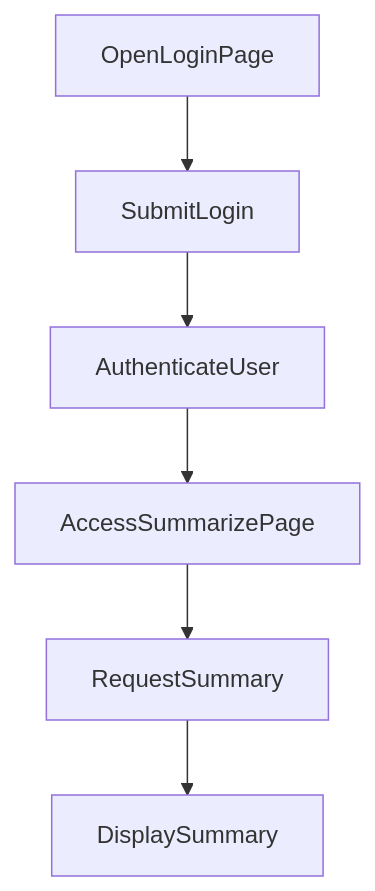
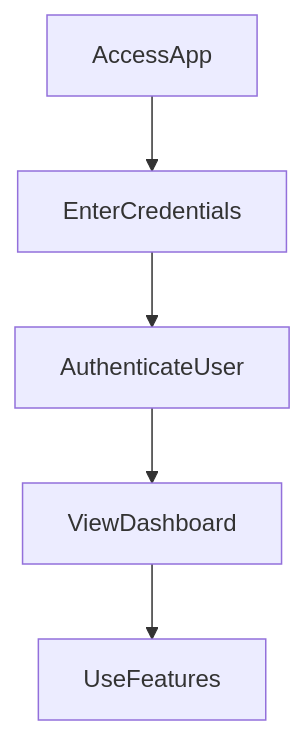
One commit to yogithasivakumar/FocusZen changed the second of 2 diagrams in README.md. Above: the diagram before and after it, drawn with Mermaid. The commit also changed other lines of this file, not shown here.

````diff
--- a/README.md
+++ b/README.md
@@ -23,8 +16,7 @@
 ```mermaid
 flowchart TD
-    OpenLoginPage --> SubmitLogin
-    SubmitLogin --> AuthenticateUser
-    AuthenticateUser --> AccessSummarizePage
-    AccessSummarizePage --> RequestSummary
-    RequestSummary --> DisplaySummary
+    AccessApp --> EnterCredentials
+    EnterCredentials --> AuthenticateUser
+    AuthenticateUser --> ViewDashboard
+    ViewDashboard --> UseFeatures
 ```
````
